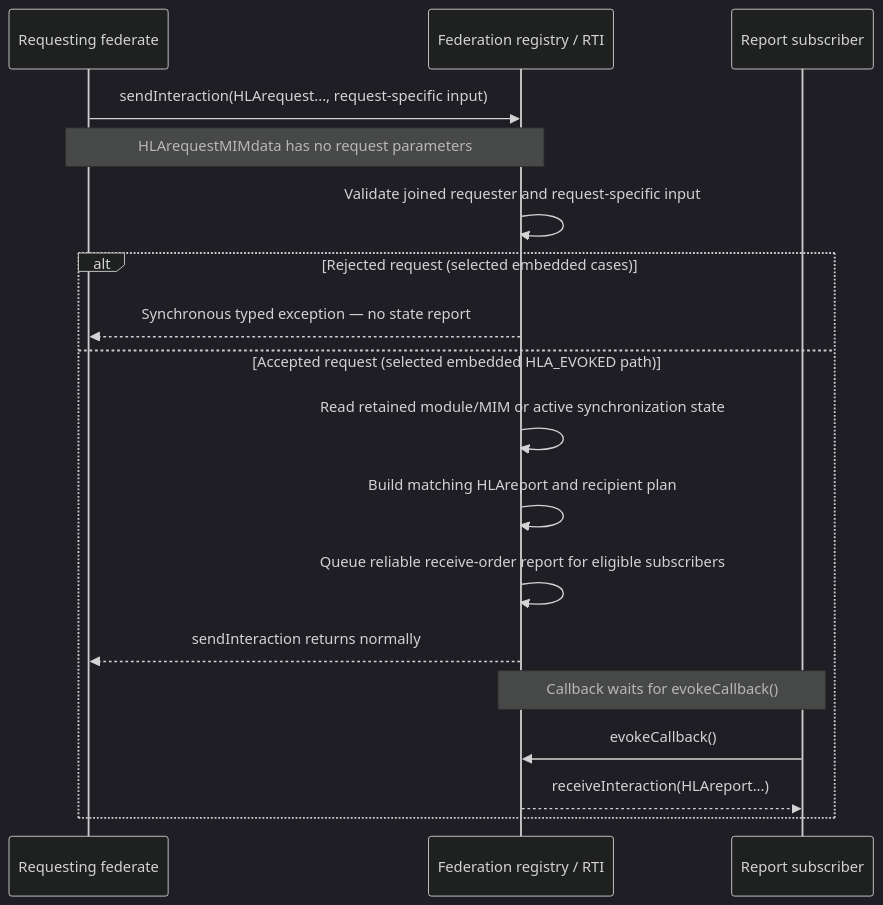
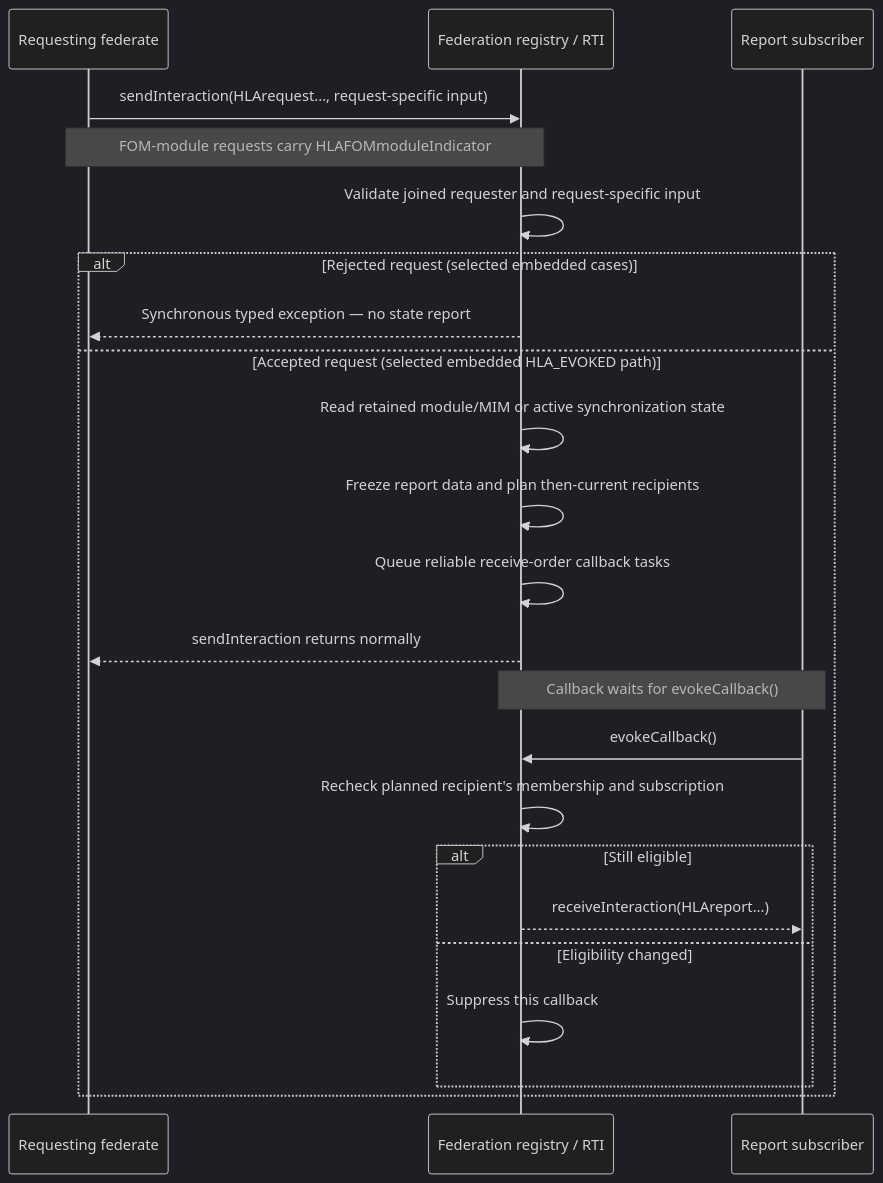
Before and after one commit to sheepfling/umbra: diagram 23 of 27 in docs/design/HLA-2025-FEDERATION-MOM-FLOW-GUIDE.md, drawn with Mermaid (dark theme). The commit also changed other lines of this file and 39 other files, not shown here.

Commit message:
Document IEEE 1516.1-2025 behavior flows

````diff
--- a/docs/design/HLA-2025-FEDERATION-MOM-FLOW-GUIDE.md
+++ b/docs/design/HLA-2025-FEDERATION-MOM-FLOW-GUIDE.md
@@ -897,21 +1749,26 @@
 ```mermaid
 sequenceDiagram
   participant Requester as Requesting federate
   participant RTI as Federation registry / RTI
   participant Observer as Report subscriber
 
   Requester->>RTI: sendInteraction(HLArequest..., request-specific input)
-  Note over Requester,RTI: HLArequestMIMdata has no request parameters
+  Note over Requester,RTI: FOM-module requests carry HLAFOMmoduleIndicator
   RTI->>RTI: Validate joined requester and request-specific input
   alt Rejected request (selected embedded cases)
     RTI-->>Requester: Synchronous typed exception — no state report
   else Accepted request (selected embedded HLA_EVOKED path)
     RTI->>RTI: Read retained module/MIM or active synchronization state
-    RTI->>RTI: Build matching HLAreport and recipient plan
-    RTI->>RTI: Queue reliable receive-order report for eligible subscribers
+    RTI->>RTI: Freeze report data and plan then-current recipients
+    RTI->>RTI: Queue reliable receive-order callback tasks
     RTI-->>Requester: sendInteraction returns normally
     Note over Observer,RTI: Callback waits for evokeCallback()
     Observer->>RTI: evokeCallback()
-    RTI-->>Observer: receiveInteraction(HLAreport...)
+    RTI->>RTI: Recheck planned recipient's membership and subscription
+    alt Still eligible
+      RTI-->>Observer: receiveInteraction(HLAreport...)
+    else Eligibility changed
+      RTI->>RTI: Suppress this callback
+    end
   end
 ```
````
